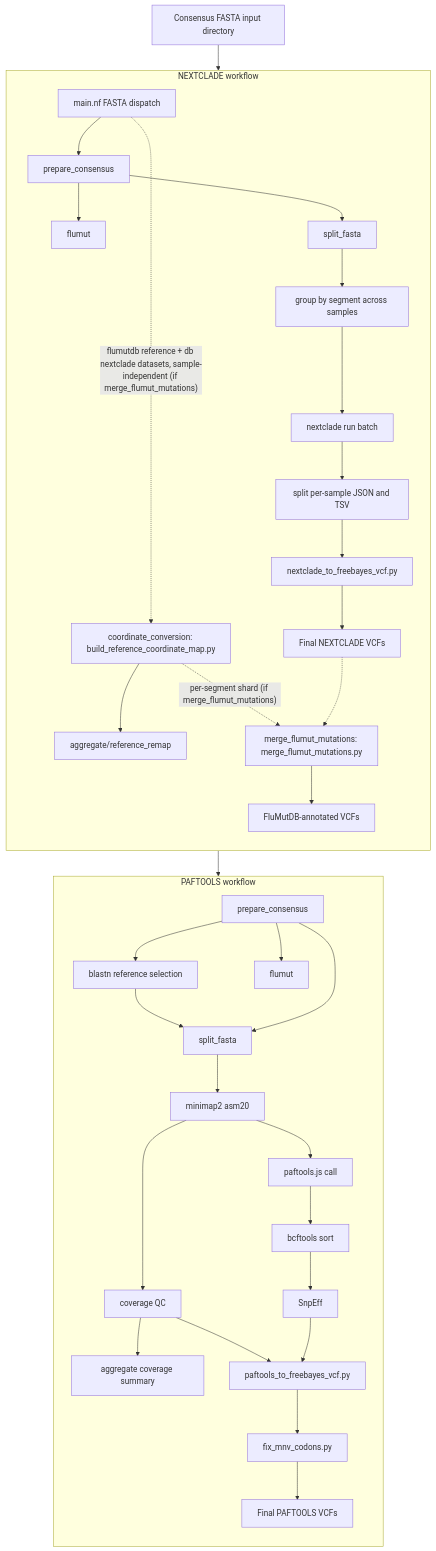
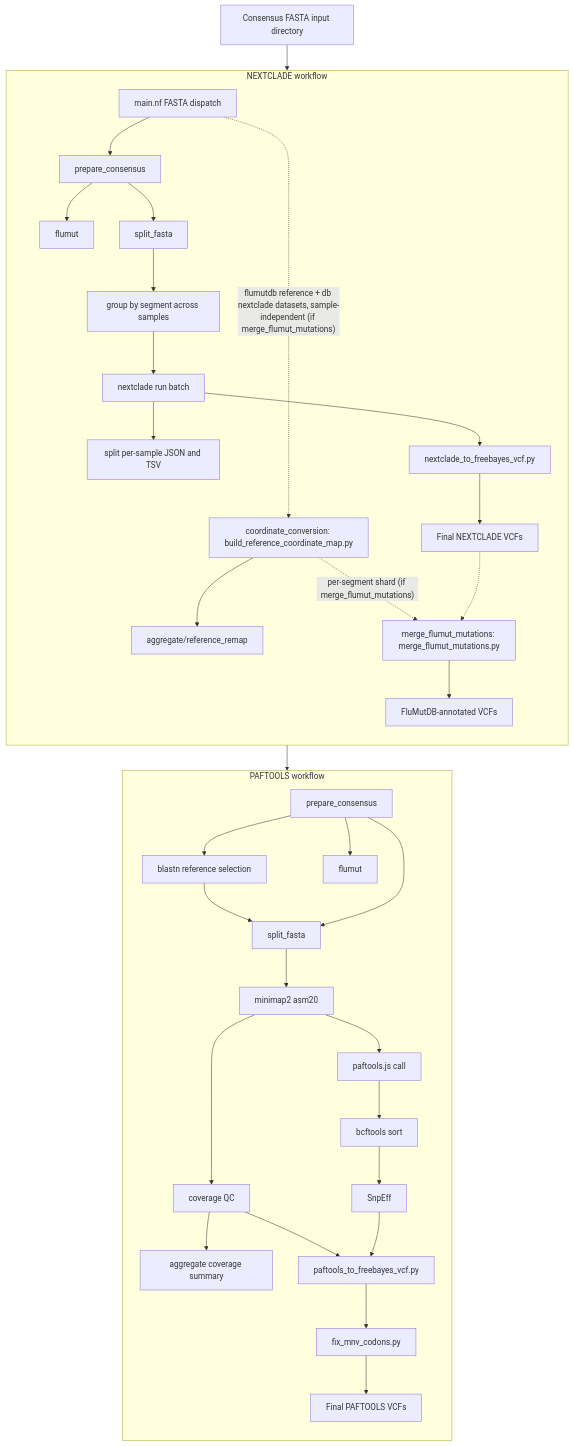
Before and after one commit to BCCDC-PHL/fluscan-nf: the diagram in README.md, drawn with Mermaid. The commit also changed 6 other files, not shown here.

````diff
--- a/README.md
+++ b/README.md
@@ -43,70 +43,70 @@
 ```mermaid
 flowchart TD
     input[Consensus FASTA input directory]
     dispatch[main.nf FASTA dispatch]
 
     input --> dispatch
     dispatch --> paftools_prepare
     dispatch --> nextclade_prepare
 
     subgraph PAFTOOLS[PAFTOOLS workflow]
         direction TB
         paftools_prepare[prepare_consensus]
         paftools_flumut[flumut]
         blastn[blastn reference selection]
         split_ref[split_fasta]
         minimap[minimap2 asm20]
         covqc[coverage QC]
         covagg[aggregate coverage summary]
         paftools_call[paftools.js call]
         sortvcf[bcftools sort]
         snpeff[SnpEff]
         paf2fb[paftools_to_freebayes_vcf.py]
         fixmnv_paf[fix_mnv_codons.py]
         paf_final[Final PAFTOOLS VCFs]
 
         paftools_prepare --> blastn
         paftools_prepare --> paftools_flumut
         paftools_prepare --> split_ref
         blastn --> split_ref
         split_ref --> minimap
         minimap --> covqc
         covqc --> covagg
         minimap --> paftools_call
         paftools_call --> sortvcf
         sortvcf --> snpeff
         snpeff --> paf2fb
         covqc --> paf2fb
         paf2fb --> fixmnv_paf
         fixmnv_paf --> paf_final
     end
 
     subgraph NEXTCLADE[NEXTCLADE workflow]
         direction TB
         nextclade_prepare[prepare_consensus]
         nextclade_flumut[flumut]
         split_consensus[split_fasta]
         groupseg[group by segment across samples]
         nc_run[nextclade run batch]
         split_results[split per-sample JSON and TSV]
         nc2vcf[nextclade_to_freebayes_vcf.py]
         nc_final[Final NEXTCLADE VCFs]
         coord_map[coordinate_conversion: build_reference_coordinate_map.py]
         coord_final[aggregate/reference_remap]
         flumut_merge[merge_flumut_mutations: merge_flumut_mutations.py]
         flumut_annotated[FluMutDB-annotated VCFs]
 
         nextclade_prepare --> nextclade_flumut
         nextclade_prepare --> split_consensus
         split_consensus --> groupseg
         groupseg --> nc_run
         nc_run --> split_results
-        split_results --> nc2vcf
+        nc_run --> nc2vcf
         nc2vcf --> nc_final
         dispatch -.->|"flumutdb reference + db nextclade datasets, sample-independent (if merge_flumut_mutations)"| coord_map
         coord_map --> coord_final
         coord_map -.->|"per-segment shard (if merge_flumut_mutations)"| flumut_merge
         nc_final -.-> flumut_merge
         flumut_merge --> flumut_annotated
     end
 ```
````
